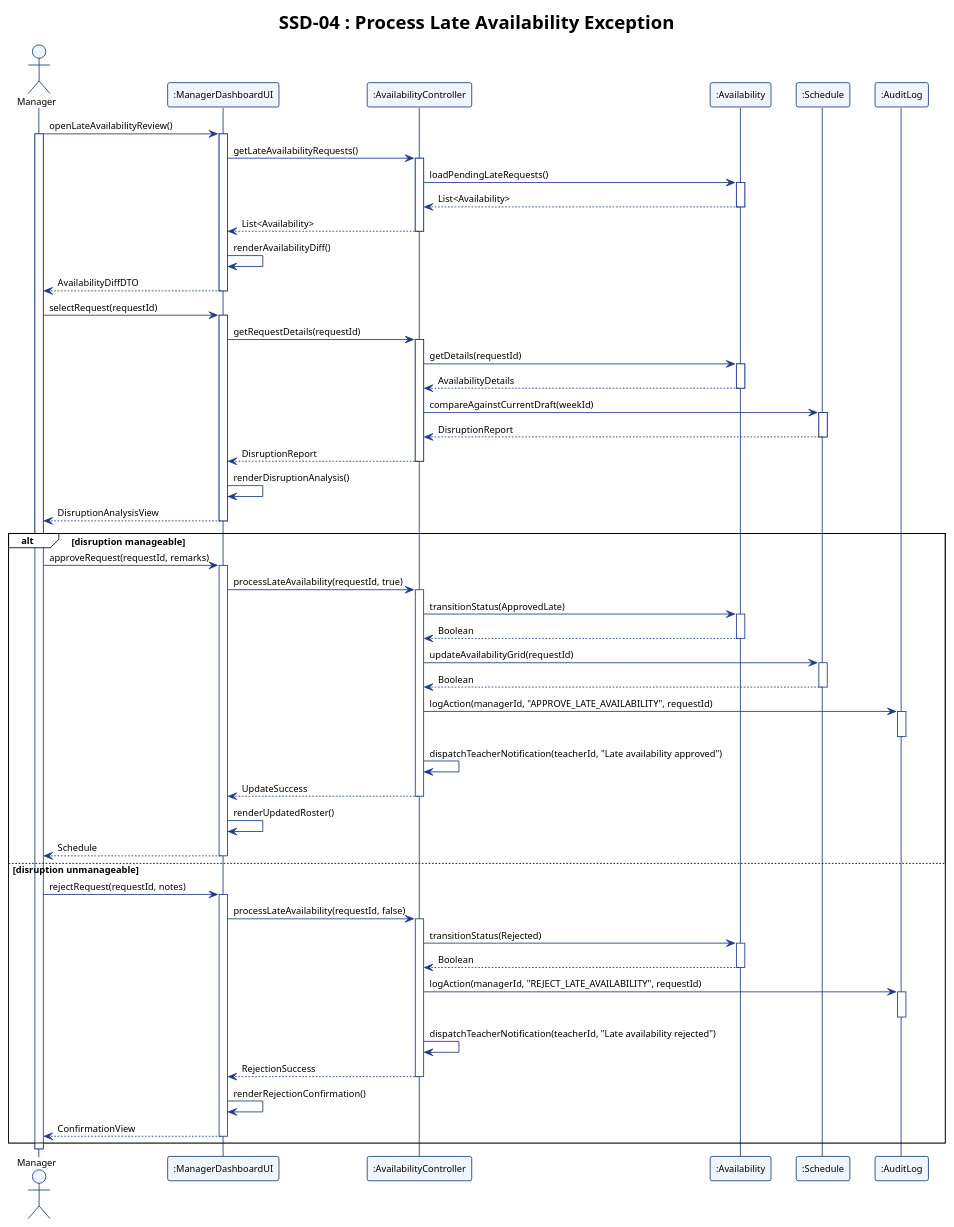
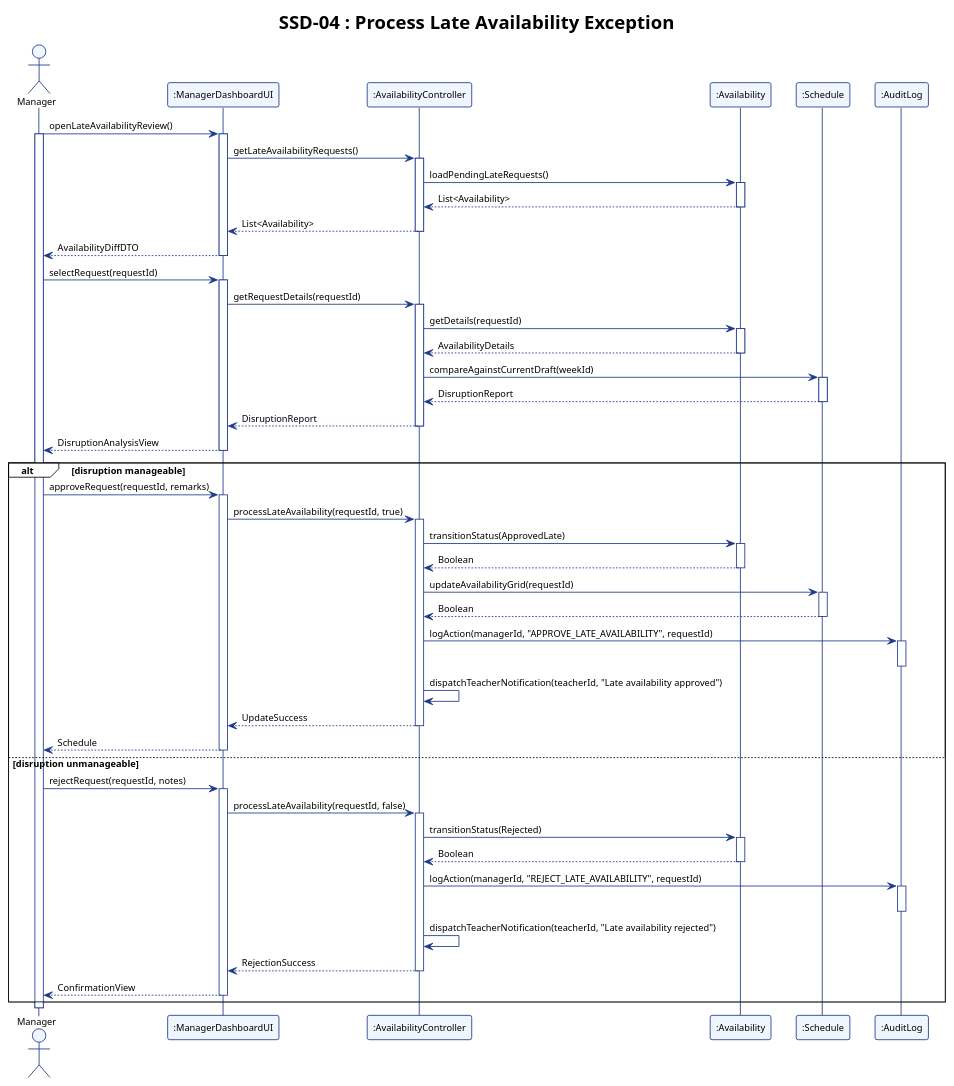
Before and after one commit to adoreblvnk/2001temp: the diagram in report/assets/ssd_04.puml, drawn with PlantUML. The commit also changed 27 other files, not shown here.

First line of the commit message:
fix(report): streamline sequence diagrams, remove LaTeX, and reformat appendix

```diff
--- a/report/assets/ssd_04.puml
+++ b/report/assets/ssd_04.puml
@@ -1,101 +1,97 @@
 @startuml ssd_04
 !theme plain
 skinparam shadowing false
 skinparam defaultFontName "Helvetica", "Arial", sans-serif
 skinparam defaultFontSize 11
 skinparam sequence {
     ParticipantBorderColor #1E3A8A
     ParticipantBackgroundColor #EFF6FF
     LifeLineBorderColor #1E3A8A
     LifeLineBackgroundColor #FFFFFF
     ArrowColor #1E3A8A
     ActorBorderColor #1E3A8A
     ActorBackgroundColor #EFF6FF
 }
 
 title SSD-04 : Process Late Availability Exception
 
 actor Manager
 participant ":ManagerDashboardUI" as UI
 participant ":AvailabilityController" as AC
 participant ":Availability" as A
 participant ":Schedule" as S
 participant ":AuditLog" as AL
 
 Manager -> UI : openLateAvailabilityReview()
 activate Manager
 activate UI
 UI -> AC : getLateAvailabilityRequests()
 activate AC
 AC -> A : loadPendingLateRequests()
 activate A
 A --> AC : List<Availability>
 deactivate A
 AC --> UI : List<Availability>
 deactivate AC
-UI -> UI : renderAvailabilityDiff()
 UI --> Manager : AvailabilityDiffDTO
 deactivate UI
 
 Manager -> UI : selectRequest(requestId)
 activate UI
 UI -> AC : getRequestDetails(requestId)
 activate AC
 AC -> A : getDetails(requestId)
 activate A
 A --> AC : AvailabilityDetails
 deactivate A
 AC -> S : compareAgainstCurrentDraft(weekId)
 activate S
 S --> AC : DisruptionReport
 deactivate S
 AC --> UI : DisruptionReport
 deactivate AC
-UI -> UI : renderDisruptionAnalysis()
 UI --> Manager : DisruptionAnalysisView
 deactivate UI
 
 alt disruption manageable
     Manager -> UI : approveRequest(requestId, remarks)
     activate UI
     UI -> AC : processLateAvailability(requestId, true)
     activate AC
     AC -> A : transitionStatus(ApprovedLate)
     activate A
     A --> AC : Boolean
     deactivate A
     AC -> S : updateAvailabilityGrid(requestId)
     activate S
     S --> AC : Boolean
     deactivate S
     AC -> AL : logAction(managerId, "APPROVE_LATE_AVAILABILITY", requestId)
     activate AL
     deactivate AL
     AC -> AC : dispatchTeacherNotification(teacherId, "Late availability approved")
     AC --> UI : UpdateSuccess
     deactivate AC
-    UI -> UI : renderUpdatedRoster()
     UI --> Manager : Schedule
     deactivate UI
 else disruption unmanageable
     Manager -> UI : rejectRequest(requestId, notes)
     activate UI
     UI -> AC : processLateAvailability(requestId, false)
     activate AC
     AC -> A : transitionStatus(Rejected)
     activate A
     A --> AC : Boolean
     deactivate A
     AC -> AL : logAction(managerId, "REJECT_LATE_AVAILABILITY", requestId)
     activate AL
     deactivate AL
     AC -> AC : dispatchTeacherNotification(teacherId, "Late availability rejected")
     AC --> UI : RejectionSuccess
     deactivate AC
-    UI -> UI : renderRejectionConfirmation()
     UI --> Manager : ConfirmationView
     deactivate UI
 end
 
 deactivate Manager
 @enduml
```
